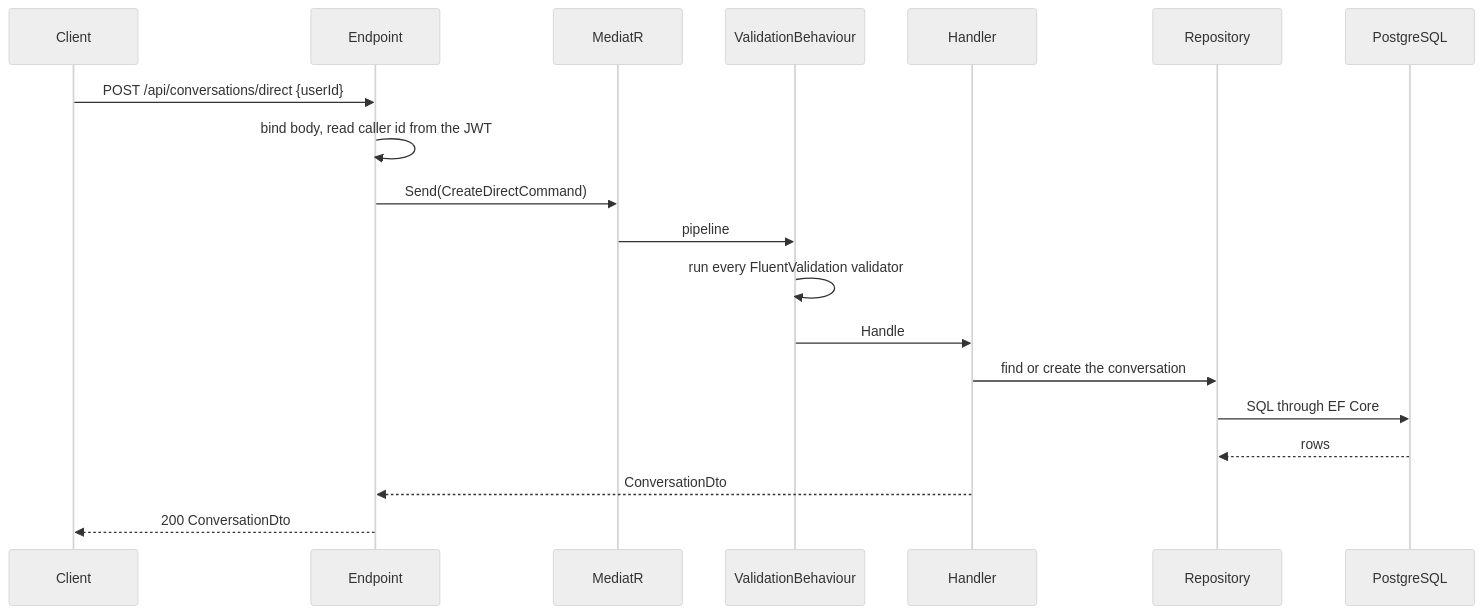
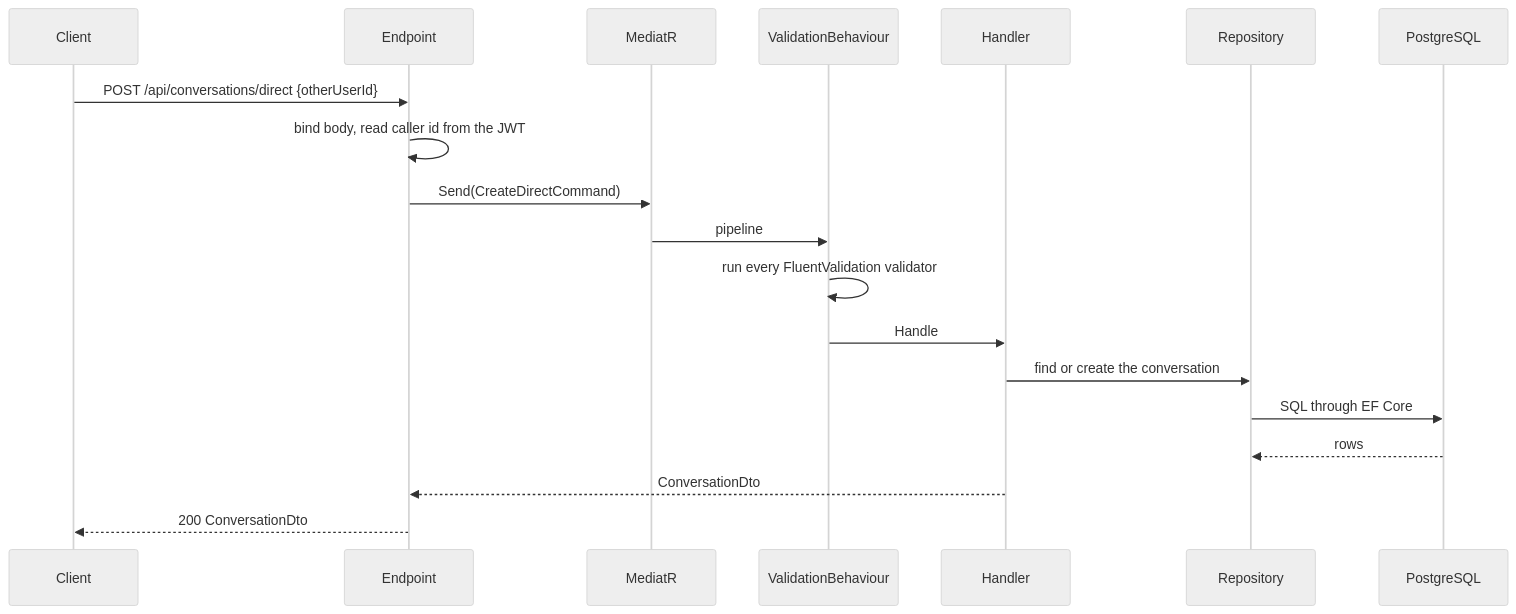
Before and after one commit to Harsh-Moriya/chatnet: the diagram in docs/architecture/request-flow.md, drawn with Mermaid (neutral theme). The commit also changed 9 other files, not shown here.

````diff
--- a/docs/architecture/request-flow.md
+++ b/docs/architecture/request-flow.md
@@ -29,21 +29,21 @@
 ```mermaid
 sequenceDiagram
     participant C as Client
     participant E as Endpoint
     participant M as MediatR
     participant V as ValidationBehaviour
     participant H as Handler
     participant R as Repository
     participant D as PostgreSQL
-    C->>E: POST /api/conversations/direct {userId}
+    C->>E: POST /api/conversations/direct {otherUserId}
     E->>E: bind body, read caller id from the JWT
     E->>M: Send(CreateDirectCommand)
     M->>V: pipeline
     V->>V: run every FluentValidation validator
     V->>H: Handle
     H->>R: find or create the conversation
     R->>D: SQL through EF Core
     D-->>R: rows
     H-->>E: ConversationDto
     E-->>C: 200 ConversationDto
 ```
````
